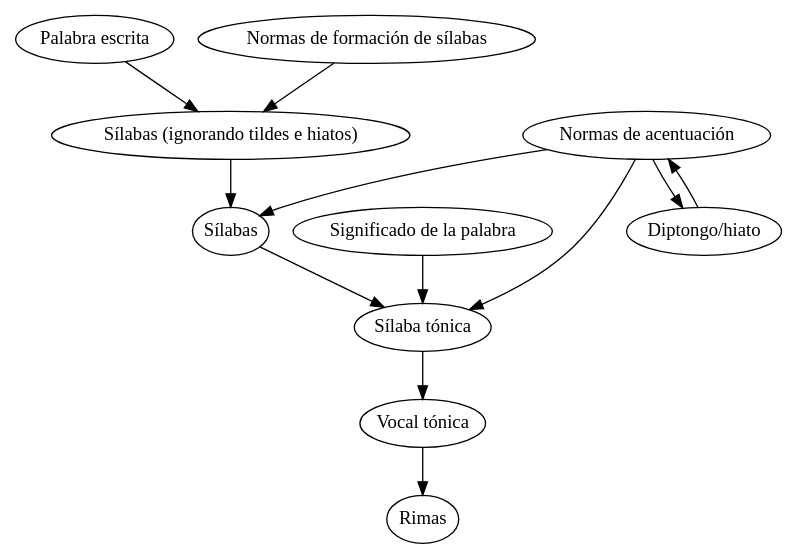
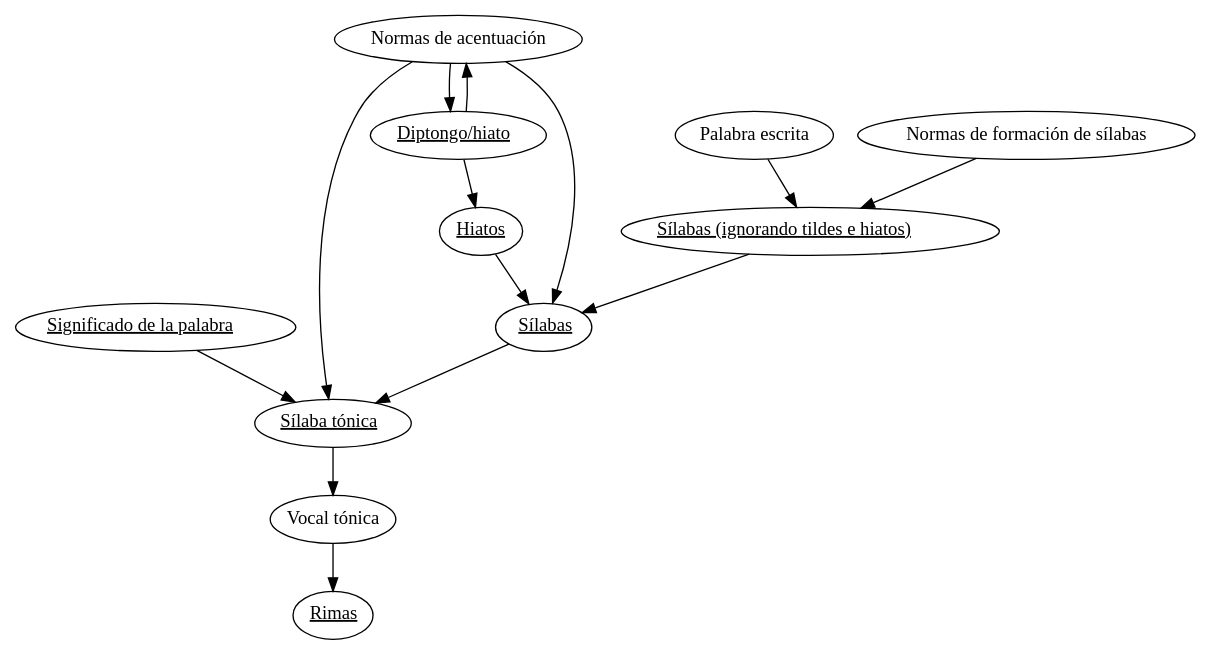
The diagram in readme.org (alvarogonzalezsotillo/rimas), drawn with Graphviz before and after one commit. The commit also changed other lines of this file and 2 other files, not shown here.

```diff
--- a/readme.org
+++ b/readme.org
@@ -29,20 +30,30 @@
-#+BEGIN_SRC dot :file ./dependencias-entre-problemas.svg :exports results :cmd dot :cmdline -Tsvg 
+#+BEGIN_SRC dot :file ./dependencias-entre-problemas.svg :exports none :cmd dot :cmdline -Tsvg 
 digraph {
                 compound=true
                 label=""
                 node [shape="ellipse",margin=0]
+
+                "Sílabas"[label=<   <U>Sílabas</U>> URL="javascript:go('division-en-silabas-id')"]
+                "Diptongo/hiato"[label=<   <U>Diptongo/hiato</U>> URL="javascript:go('diptongos-hiatos-id')"]
+                "Sílaba tónica"[label=<   <U>Sílaba tónica</U>> URL="javascript:go('silaba-tonica-id')"]
+                "Sílabas (ignorando tildes e hiatos)"[label=<   <U>Sílabas (ignorando tildes e hiatos)</U>> URL="javascript:go('division-en-silabas-sin-hiatos-id')"]
+                "Significado de la palabra"[label=<   <U>Significado de la palabra</U>> URL="javascript:go('significado-palabra-id)'"]
+                "Hiatos"[label=<  <U>Hiatos</U>> URL="javascript:go('hiatos-id')"]
+                "Rimas"[label=<  <U>Rimas</U>> URL="javascript:go('rimas-id')"] 
 
                 "Palabra escrita" -> "Sílabas (ignorando tildes e hiatos)"
                 "Normas de formación de sílabas" -> "Sílabas (ignorando tildes e hiatos)"
                 "Sílabas (ignorando tildes e hiatos)" -> "Sílabas"
                 "Sílabas" -> "Sílaba tónica"
                 "Significado de la palabra" -> "Sílaba tónica"
                 "Normas de acentuación" -> "Sílaba tónica"
                 "Normas de acentuación" -> "Sílabas"
                 "Normas de acentuación" -> "Diptongo/hiato"
-                "Diptongo/hiato" -> "Normas de acentuación" 
+                "Diptongo/hiato" -> "Normas de acentuación"
+                "Diptongo/hiato" -> "Hiatos"
+                "Hiatos" -> "Sílabas" 
                 "Sílaba tónica" -> "Vocal tónica"
                 "Vocal tónica" -> Rimas
                 
 }
 #+end_src
```
